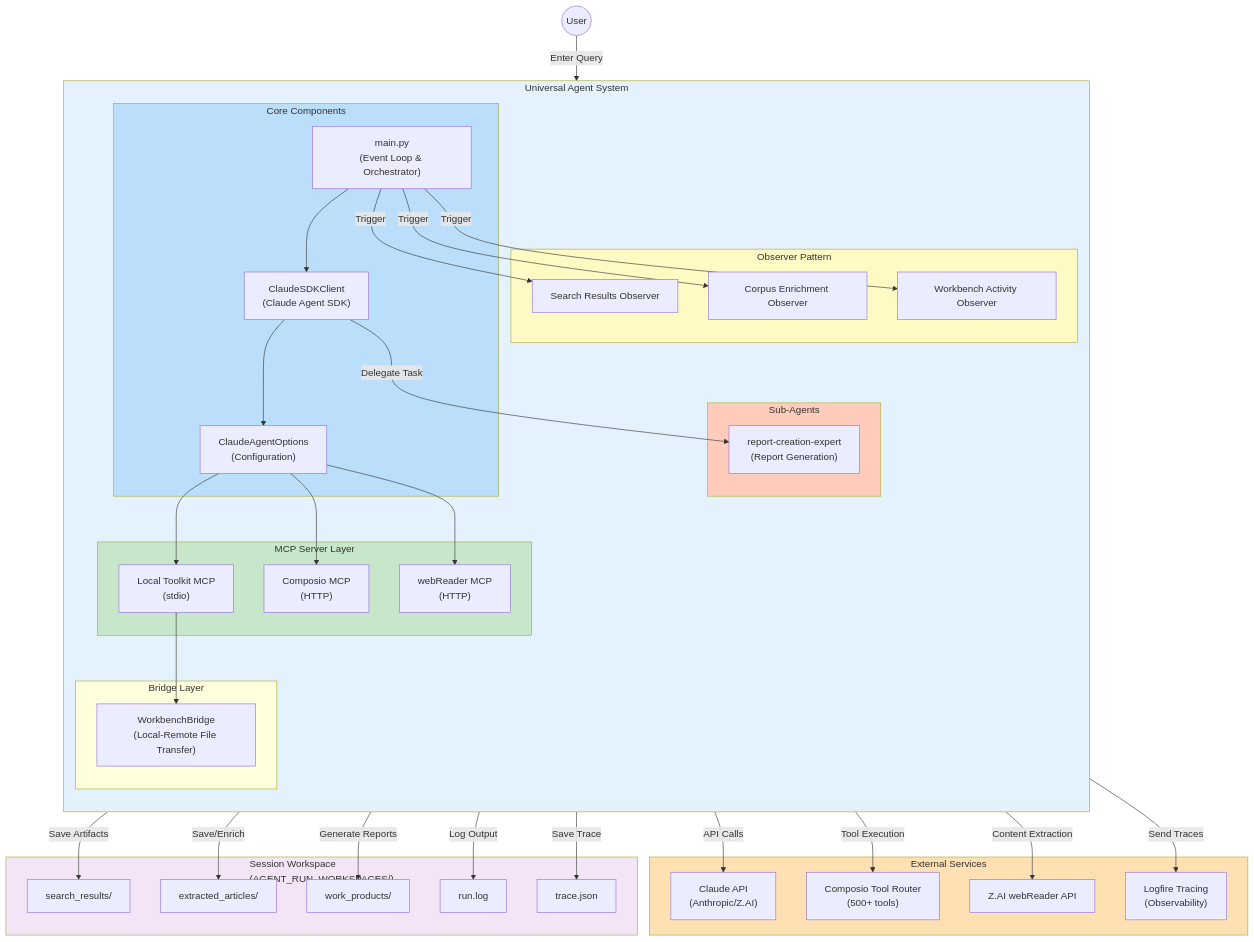
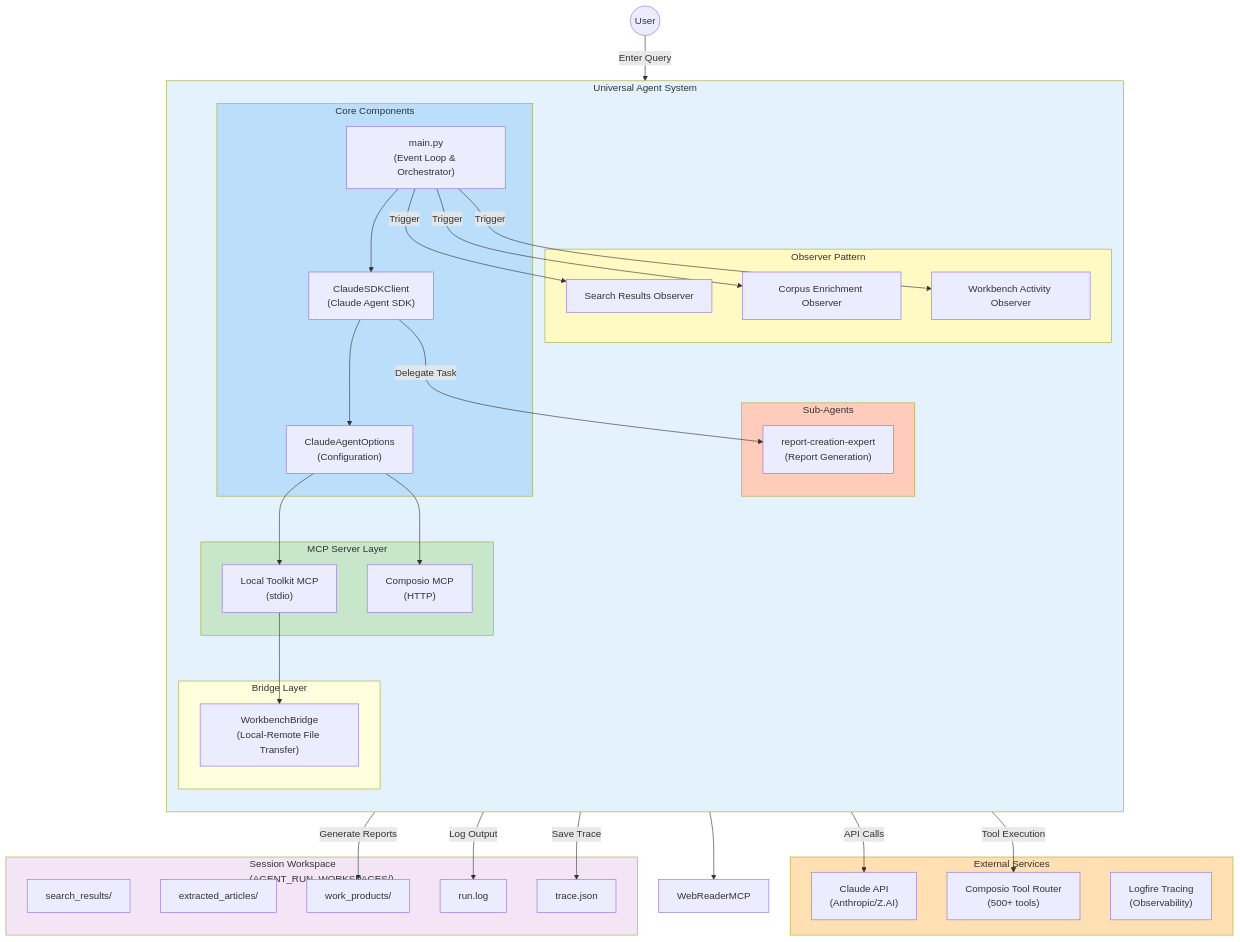
One commit to Kjdragan/universal_agent changed the first of 15 diagrams in Project_Documentation/Architecture/01_overall_system_architecture.md. Above: the diagram before and after it, drawn with Mermaid. The commit also changed other lines of this file and 15 other files, not shown here.

Commit message:
feat: implement SubagentStop hook, toolkit banning, and sub-agent tool inheritance while removing Z.AI webReader.

````diff
--- a/Project_Documentation/Architecture/01_overall_system_architecture.md
+++ b/Project_Documentation/Architecture/01_overall_system_architecture.md
@@ -44,82 +44,76 @@
 ```mermaid
 flowchart TB
     subgraph External["External Services"]
         ClaudeAPI["Claude API<br/>(Anthropic/Z.AI)"]
         ComposioAPI["Composio Tool Router<br/>(500+ tools)"]
-        WebReaderAPI["Z.AI webReader API"]
         LogfireAPI["Logfire Tracing<br/>(Observability)"]
     end
 
     subgraph UniversalAgent["Universal Agent System"]
         direction TB
 
         subgraph Core["Core Components"]
             Main["main.py<br/>(Event Loop & Orchestrator)"]
             Client["ClaudeSDKClient<br/>(Claude Agent SDK)"]
             Options["ClaudeAgentOptions<br/>(Configuration)"]
         end
 
         subgraph SubAgents["Sub-Agents"]
             ReportExpert["report-creation-expert<br/>(Report Generation)"]
         end
 
         subgraph Observers["Observer Pattern"]
             SearchObs["Search Results Observer"]
             CorpusObs["Corpus Enrichment Observer"]
             WorkbenchObs["Workbench Activity Observer"]
         end
 
         subgraph MCPLayer["MCP Server Layer"]
             LocalMCP["Local Toolkit MCP<br/>(stdio)"]
             ComposioMCP["Composio MCP<br/>(HTTP)"]
-            WebReaderMCP["webReader MCP<br/>(HTTP)"]
         end
 
         subgraph Bridges["Bridge Layer"]
             WorkbenchBridge["WorkbenchBridge<br/>(Local-Remote File Transfer)"]
         end
     end
 
     subgraph Workspace["Session Workspace<br/>(AGENT_RUN_WORKSPACES/)"]
         SearchResults["search_results/"]
         ExtractedArticles["extracted_articles/"]
         WorkProducts["work_products/"]
         RunLog["run.log"]
         TraceJSON["trace.json"]
     end
 
     User(("User")) -->|"Enter Query"| Main
 
     Main --> Client
     Client --> Options
     Options --> LocalMCP
     Options --> ComposioMCP
     Options --> WebReaderMCP
 
     Client -->|"Delegate Task"| ReportExpert
 
     Main -->|"Trigger"| SearchObs
     Main -->|"Trigger"| CorpusObs
     Main -->|"Trigger"| WorkbenchObs
 
     LocalMCP --> WorkbenchBridge
 
     Client -->|"API Calls"| ClaudeAPI
     ComposioMCP -->|"Tool Execution"| ComposioAPI
-    WebReaderMCP -->|"Content Extraction"| WebReaderAPI
-    Client -->|"Send Traces"| LogfireAPI
 
-    SearchObs -->|"Save Artifacts"| SearchResults
-    CorpusObs -->|"Save/Enrich"| ExtractedArticles
     ReportExpert -->|"Generate Reports"| WorkProducts
     Main -->|"Log Output"| RunLog
     Main -->|"Save Trace"| TraceJSON
 
     style UniversalAgent fill:#e3f2fd
     style Core fill:#bbdefb
     style MCPLayer fill:#c8e6c9
     style Observers fill:#fff9c4
     style SubAgents fill:#ffccbc
     style Workspace fill:#f3e5f5
     style External fill:#ffe0b2
 ```
````
